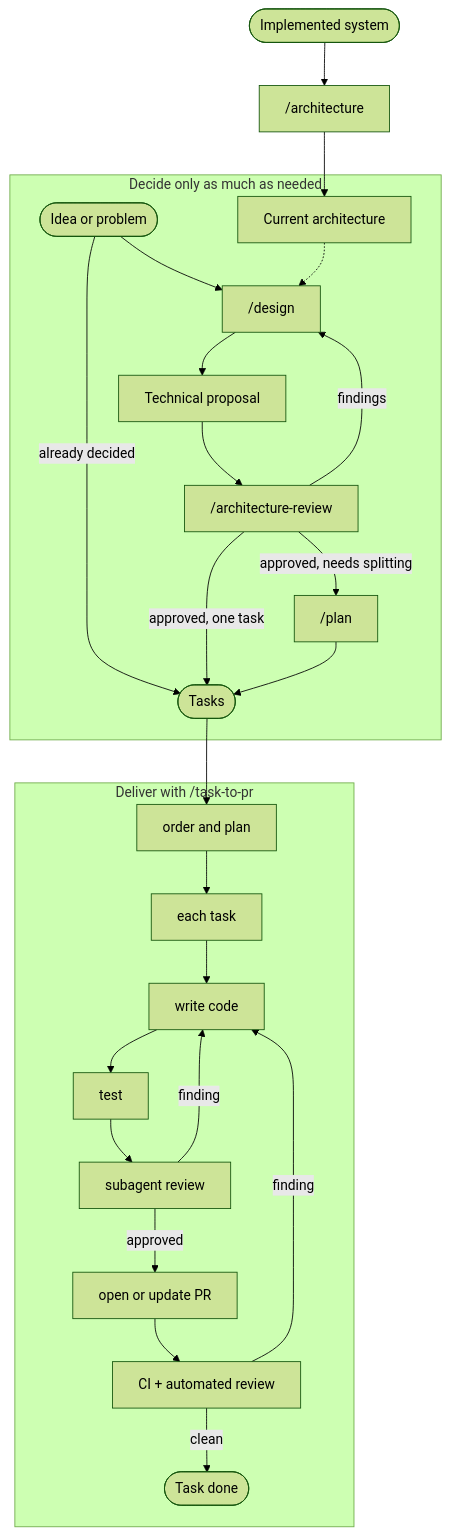
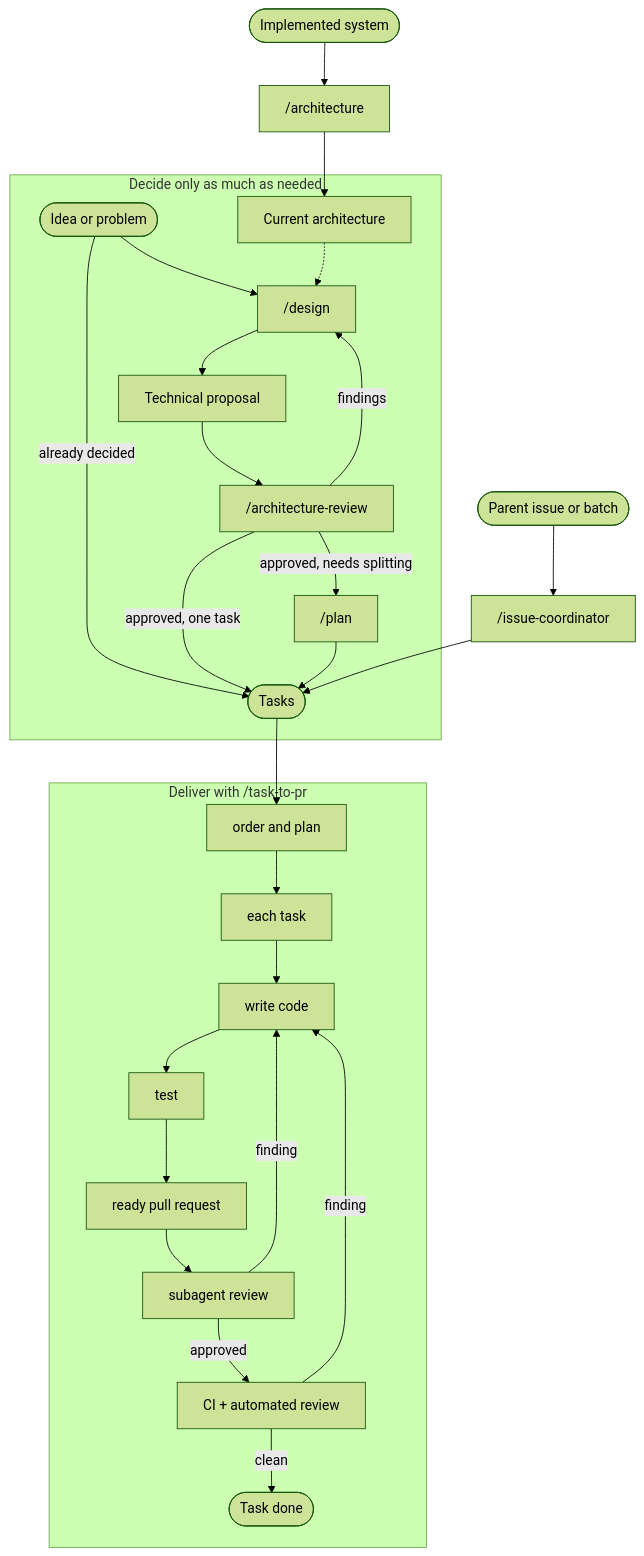
The diagram in README.md (owainlewis/blueprint), drawn with Mermaid (forest theme) before and after one commit. The commit also changed other lines of this file and 7 other files, not shown here.

Commit message:
feat(skills): add issue coordinator workflow (#62)

````diff
--- a/README.md
+++ b/README.md
@@ -31,23 +32,25 @@
 ```mermaid
 flowchart TB
     Existing([Implemented system]) --> Architecture["/architecture"]
     Architecture --> Current["Current architecture"]
 
     subgraph Decide["Decide only as much as needed"]
         Idea([Idea or problem]) --> Design["/design"]
         Idea -->|already decided| Tasks([Tasks])
         Current -.-> Design
         Design --> Proposal["Technical proposal"] --> ArchitectureReview["/architecture-review"]
         ArchitectureReview -->|findings| Design
         ArchitectureReview -->|approved, one task| Tasks
         ArchitectureReview -->|approved, needs splitting| Plan["/plan"] --> Tasks
     end
 
     subgraph Deliver["Deliver with /task-to-pr"]
-        Tasks --> Order["order and plan"] --> Task["each task"] --> Code["write code"] --> Test["test"] --> Review["subagent review"]
+        Tasks --> Order["order and plan"] --> Task["each task"] --> Code["write code"] --> Test["test"] --> PR["ready pull request"] --> Review["subagent review"]
         Review -->|finding| Code
-        Review -->|approved| PR["open or update PR"] --> Automated["CI + automated review"]
+        Review -->|approved| Automated["CI + automated review"]
         Automated -->|finding| Code
         Automated -->|clean| Done([Task done])
     end
+
+    Batch([Parent issue or batch]) --> Coordinator["/issue-coordinator"] --> Tasks
 ```
````
